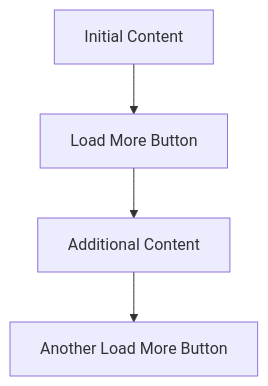
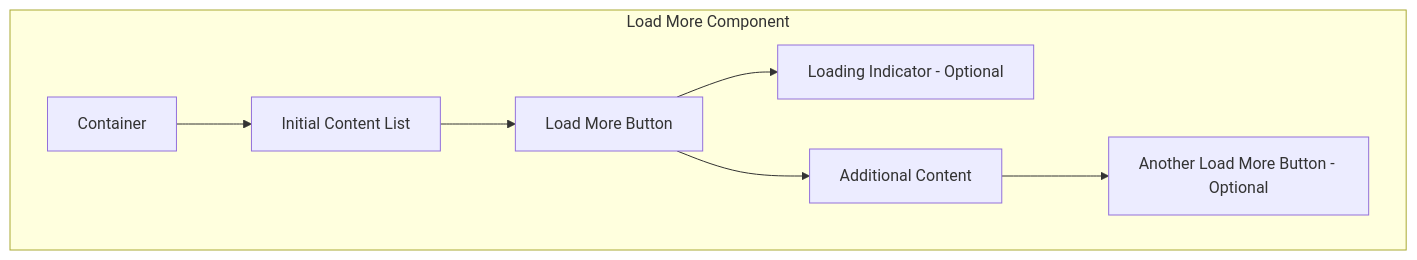
One commit to thedaviddias/ux-patterns-for-developers changed the diagram in content/en/patterns/navigation/load-more.mdx. Above: the diagram before and after it, drawn with Mermaid. The commit also changed other lines of this file and 11 other files, not shown here.

````diff
--- a/content/en/patterns/navigation/load-more.mdx
+++ b/content/en/patterns/navigation/load-more.mdx
@@ -70,6 +70,10 @@
 ```mermaid
-graph TD
-    A[Initial Content] --> B[Load More Button]
-    B --> C[Additional Content]
-    C --> D[Another Load More Button <optional>]
+flowchart TB
+    subgraph LoadMore[Load More Component]
+        A[Container] --> B[Initial Content List]
+        B --> C[Load More Button]
+        C --> D[Loading Indicator - Optional]
+        C --> E[Additional Content]
+        E --> F[Another Load More Button - Optional]
+    end
 ```
````
